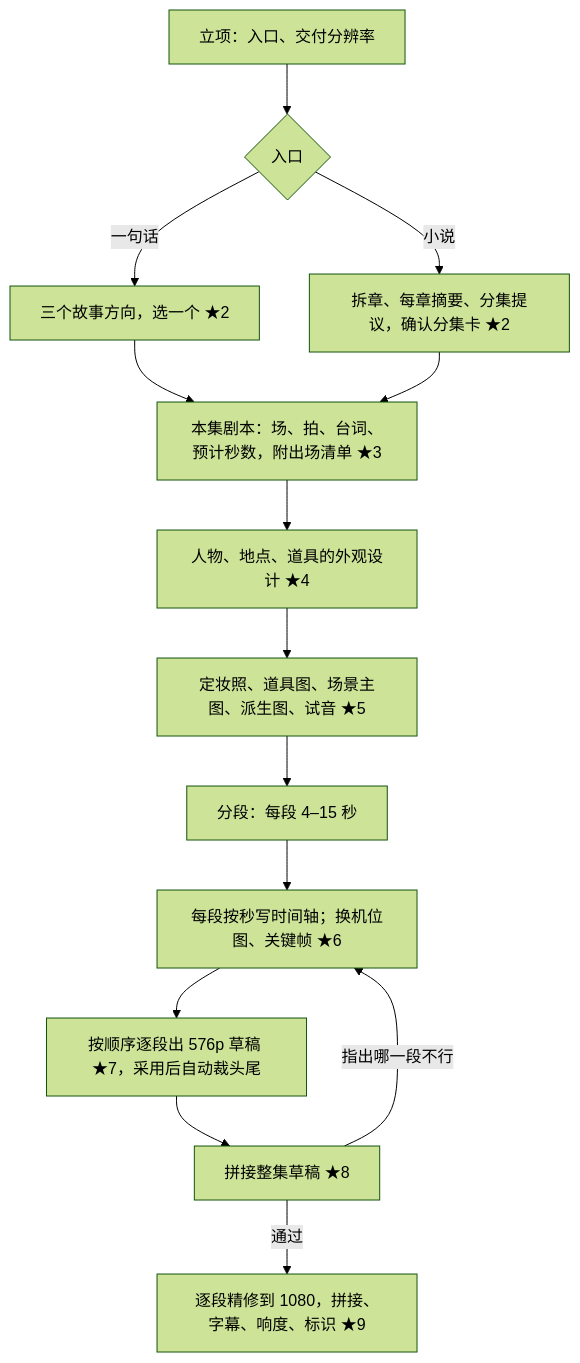
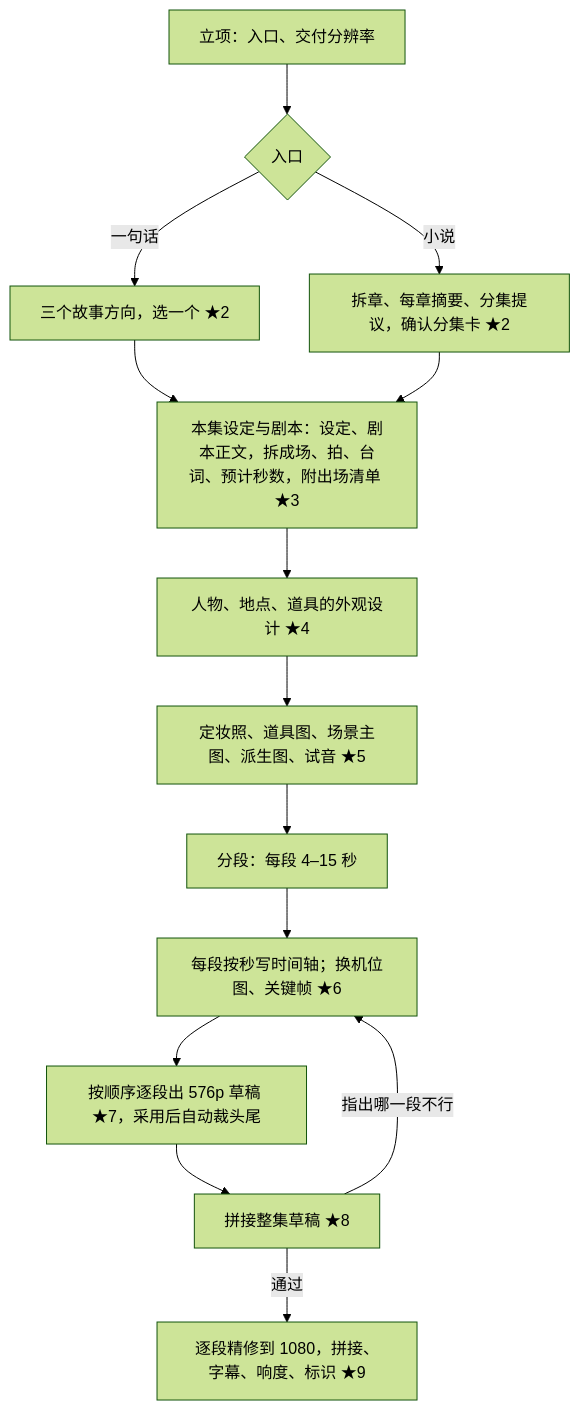
The diagram in docs/设计/01-产品.md (Muqian-Sun/yanxiang), drawn with Mermaid (forest theme) before and after one commit. The commit also changed other lines of this file and 67 other files, not shown here.

````diff
--- a/docs/设计/01-产品.md
+++ b/docs/设计/01-产品.md
@@ -16,16 +16,16 @@
 ```mermaid
 flowchart TD
   A[立项：入口、交付分辨率] --> B{入口}
   B -->|一句话| C[三个故事方向，选一个 ★2]
   B -->|小说| D[拆章、每章摘要、分集提议，确认分集卡 ★2]
-  C --> E[本集剧本：场、拍、台词、预计秒数，附出场清单 ★3]
+  C --> E[本集设定与剧本：设定、剧本正文，拆成场、拍、台词、预计秒数，附出场清单 ★3]
   D --> E
   E --> F0[人物、地点、道具的外观设计 ★4]
   F0 --> F[定妆照、道具图、场景主图、派生图、试音 ★5]
   F --> G[分段：每段 4–15 秒]
   G --> H[每段按秒写时间轴；换机位图、关键帧 ★6]
   H --> I[按顺序逐段出 576p 草稿 ★7，采用后自动裁头尾]
   I --> J[拼接整集草稿 ★8]
   J -->|指出哪一段不行| H
   J -->|通过| K[逐段精修到 1080，拼接、字幕、响度、标识 ★9]
 ```
````
